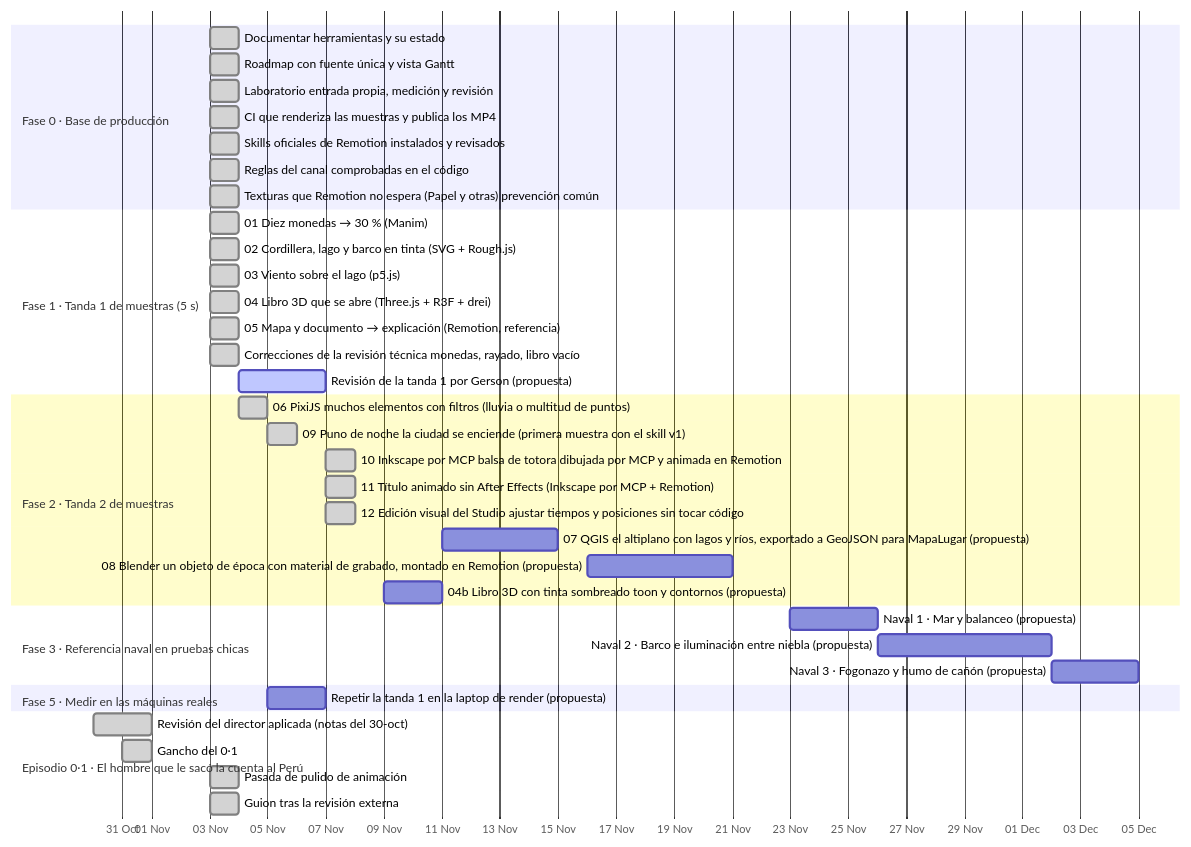
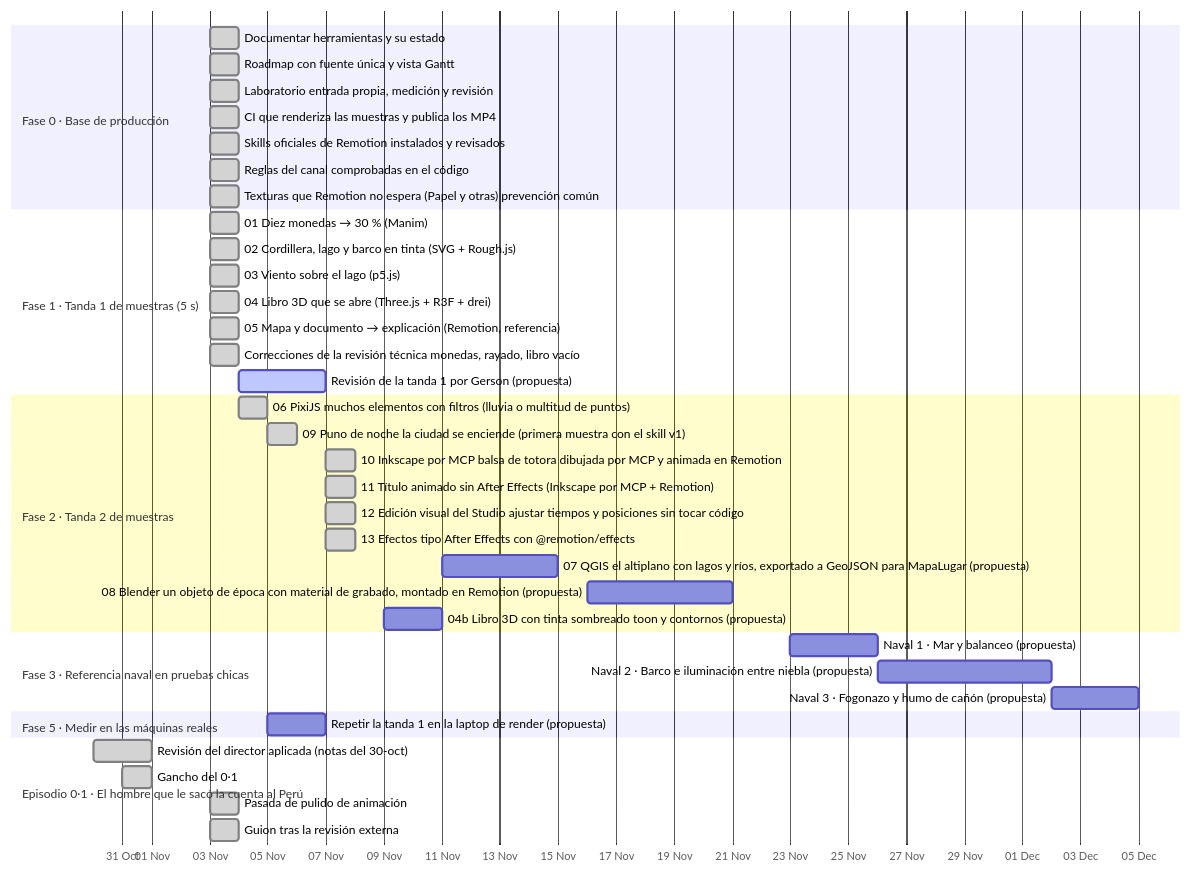
The diagram in ROADMAP.md (Eltiokarma/Remotion_HistoriaPer-), drawn with Mermaid before and after one commit. The commit also changed other lines of this file and 14 other files, not shown here.

First line of the commit message:
Muestra 13: efectos tipo After Effects con @remotion/effects

````diff
--- a/ROADMAP.md
+++ b/ROADMAP.md
@@ -30,42 +30,43 @@
 ```mermaid
 gantt
   dateFormat YYYY-MM-DD
   axisFormat %d %b
   todayMarker off
   section Fase 0 · Base de producción
   Documentar herramientas y su estado :done, f0herramientas, 2026-11-03, 1d
   Roadmap con fuente única y vista Gantt :done, f0roadmap, 2026-11-03, 1d
   Laboratorio entrada propia, medición y revisión :done, f0laboratorio, 2026-11-03, 1d
   CI que renderiza las muestras y publica los MP4 :done, t1ci, 2026-11-03, 1d
   Skills oficiales de Remotion instalados y revisados :done, f0skillremotion, 2026-11-03, 1d
   Reglas del canal comprobadas en el código :done, f0reglascodigo, 2026-11-03, 1d
   Texturas que Remotion no espera (Papel y otras) prevención común :done, infrapapel, 2026-11-03, 1d
   section Fase 1 · Tanda 1 de muestras (5 s)
   01 Diez monedas → 30 % (Manim) :done, t1manim, 2026-11-03, 1d
   02 Cordillera, lago y barco en tinta (SVG + Rough.js) :done, t1tinta, 2026-11-03, 1d
   03 Viento sobre el lago (p5.js) :done, t1viento, 2026-11-03, 1d
   04 Libro 3D que se abre (Three.js + R3F + drei) :done, t1libro3d, 2026-11-03, 1d
   05 Mapa y documento → explicación (Remotion, referencia) :done, t1mapa, 2026-11-03, 1d
   Correcciones de la revisión técnica monedas, rayado, libro vacío :done, t1correcciones, 2026-11-03, 1d
   Revisión de la tanda 1 por Gerson (propuesta) :active, t1revision, 2026-11-04, 3d
   section Fase 2 · Tanda 2 de muestras
   06 PixiJS muchos elementos con filtros (lluvia o multitud de puntos) :done, t2pixi, 2026-11-04, 1d
   09 Puno de noche la ciudad se enciende (primera muestra con el skill v1) :done, t2puno, 2026-11-05, 1d
   10 Inkscape por MCP balsa de totora dibujada por MCP y animada en Remotion :done, t2inkscape, 2026-11-07, 1d
   11 Título animado sin After Effects (Inkscape por MCP + Remotion) :done, t2titulo, 2026-11-07, 1d
   12 Edición visual del Studio ajustar tiempos y posiciones sin tocar código :done, t2studio, 2026-11-07, 1d
+  13 Efectos tipo After Effects con @remotion/effects :done, t2efectos, 2026-11-07, 1d
   07 QGIS el altiplano con lagos y ríos, exportado a GeoJSON para MapaLugar (propuesta) :t2qgis, 2026-11-11, 4d
   08 Blender un objeto de época con material de grabado, montado en Remotion (propuesta) :t2blender, 2026-11-16, 5d
   04b Libro 3D con tinta sombreado toon y contornos (propuesta) :t2toon, 2026-11-09, 2d
   section Fase 3 · Referencia naval en pruebas chicas
   Naval 1 · Mar y balanceo (propuesta) :n1mar, 2026-11-23, 3d
   Naval 2 · Barco e iluminación entre niebla (propuesta) :n2barco, 2026-11-26, 6d
   Naval 3 · Fogonazo y humo de cañón (propuesta) :n3fogonazo, 2026-12-02, 3d
   section Fase 5 · Medir en las máquinas reales
   Repetir la tanda 1 en la laptop de render (propuesta) :f5laptop, 2026-11-05, 2d
   section Episodio 0·1 · El hombre que le sacó la cuenta al Perú
   Revisión del director aplicada (notas del 30-oct) :done, e1revision, 2026-10-30, 2d
   Gancho del 0·1 :done, e1gancho, 2026-10-31, 1d
   Pasada de pulido de animación :done, e1pulido, 2026-11-03, 1d
   Guion tras la revisión externa :done, e1guionexterno, 2026-11-03, 1d
 ```
````
